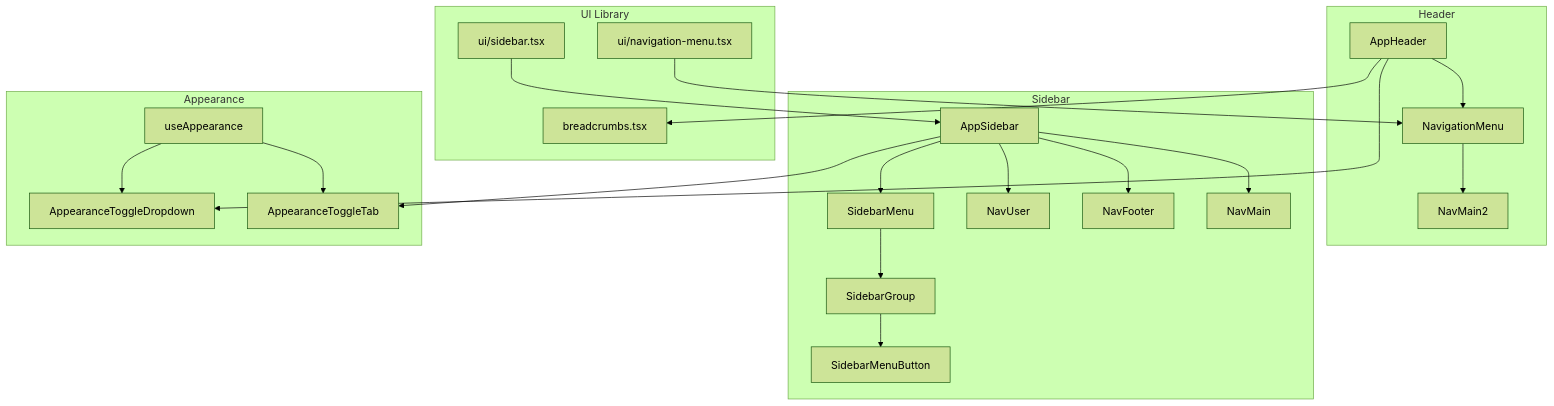
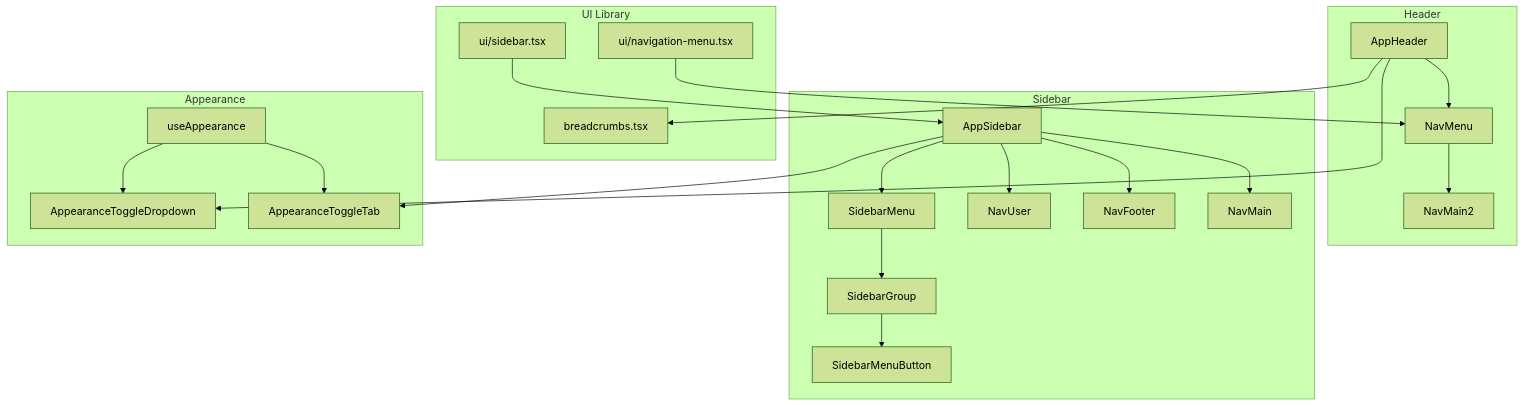
The first of 12 diagrams in .qoder/repowiki/en/content/Frontend Components & UI/Navigation Components.md (vincet0t15/template), drawn with Mermaid (forest theme) before and after one commit. The commit also changed other lines of this file and 5 other files, not shown here.

````diff
--- a/.qoder/repowiki/en/content/Frontend Components & UI/Navigation Components.md
+++ b/.qoder/repowiki/en/content/Frontend Components & UI/Navigation Components.md
@@ -63,42 +65,42 @@
 ```mermaid
 graph TB
 subgraph "Header"
 AH["AppHeader"]
-NM["NavigationMenu"]
+NM["NavMenu"]
 NM2["NavMain2"]
 end
 subgraph "Sidebar"
 AS["AppSidebar"]
 SM["SidebarMenu"]
 SGB["SidebarGroup"]
 SMB["SidebarMenuButton"]
 NU["NavUser"]
 NF["NavFooter"]
 NM3["NavMain"]
 end
 subgraph "UI Library"
 UI_NM["ui/navigation-menu.tsx"]
 UI_SB["ui/sidebar.tsx"]
 BC["breadcrumbs.tsx"]
 end
 subgraph "Appearance"
 AD["AppearanceToggleDropdown"]
 AT["AppearanceToggleTab"]
 UA["useAppearance"]
 end
 AH --> NM
 NM --> NM2
 AS --> SM
 SM --> SGB
 SGB --> SMB
 AS --> NU
 AS --> NF
 AS --> NM3
 AH --> BC
 AH --> AD
 AS --> AT
 UI_NM --> NM
 UI_SB --> AS
 UA --> AD
 UA --> AT
 ```
````
